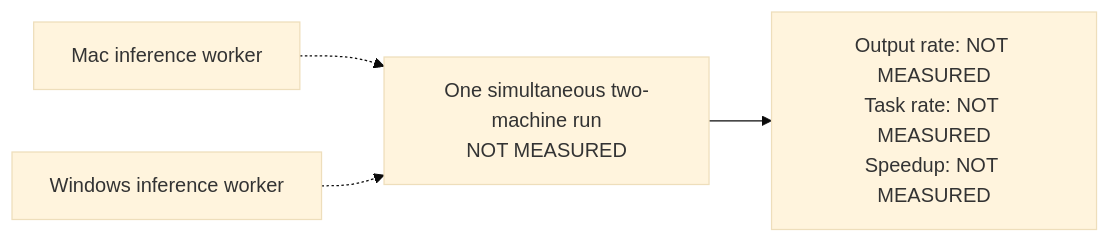
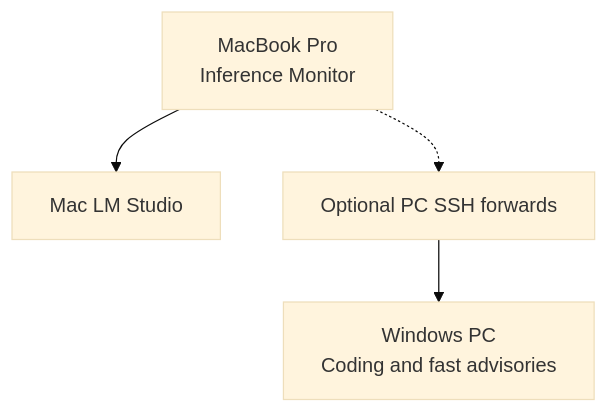
The diagram in README.md (louiscalata/agiw-suite), drawn with Mermaid (base theme) before and after one commit. The commit also changed other lines of this file and 21 other files, not shown here.

First line of the commit message:
Clarify source release status, replace artwork with Mermaid, and standardize PRs

````diff
--- a/README.md
+++ b/README.md
@@ -27,6 +25,6 @@
 ```mermaid
-flowchart LR
-    M["Mac inference worker"] -.-> R["One simultaneous two-machine run<br/>NOT MEASURED"]
-    W["Windows inference worker"] -.-> R
-    R --> O["Output rate: NOT MEASURED<br/>Task rate: NOT MEASURED<br/>Speedup: NOT MEASURED"]
+flowchart TD
+    monitor["MacBook Pro<br/>Inference Monitor"] --> local["Mac LM Studio"]
+    monitor -.-> ssh["Optional PC SSH forwards"]
+    ssh --> pc["Windows PC<br/>Coding and fast advisories"]
 ```
````
